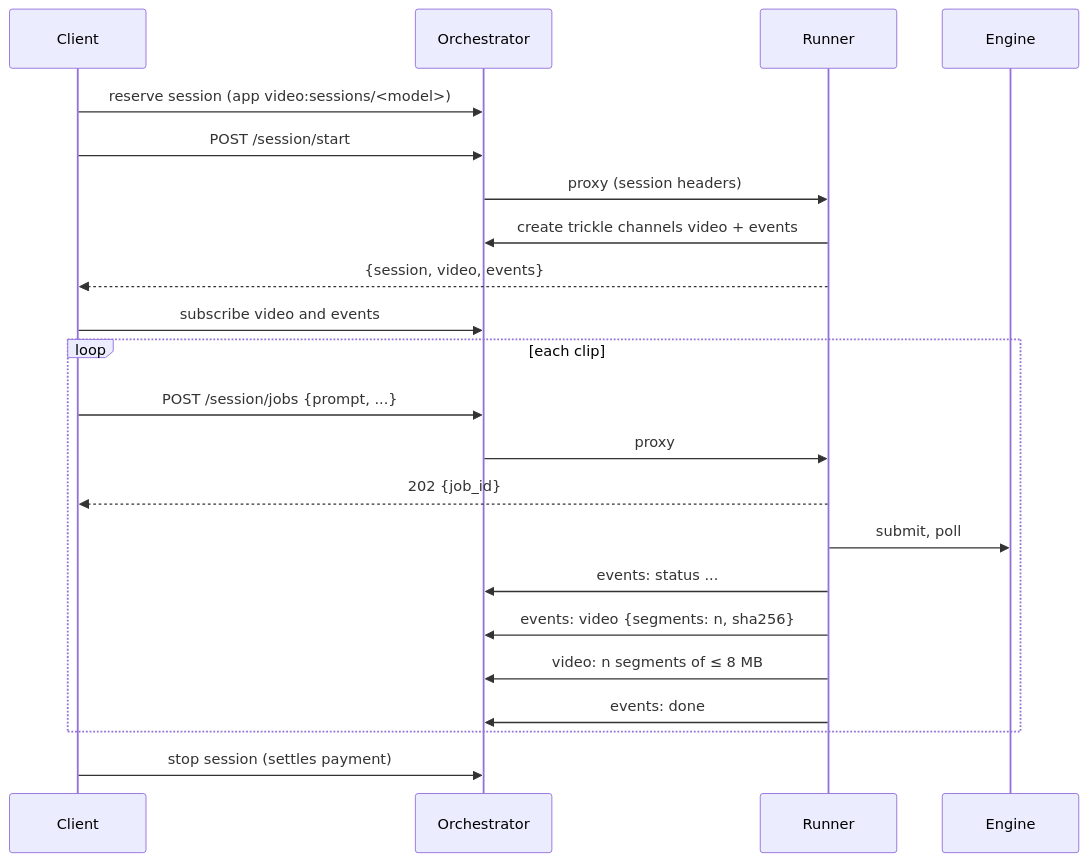
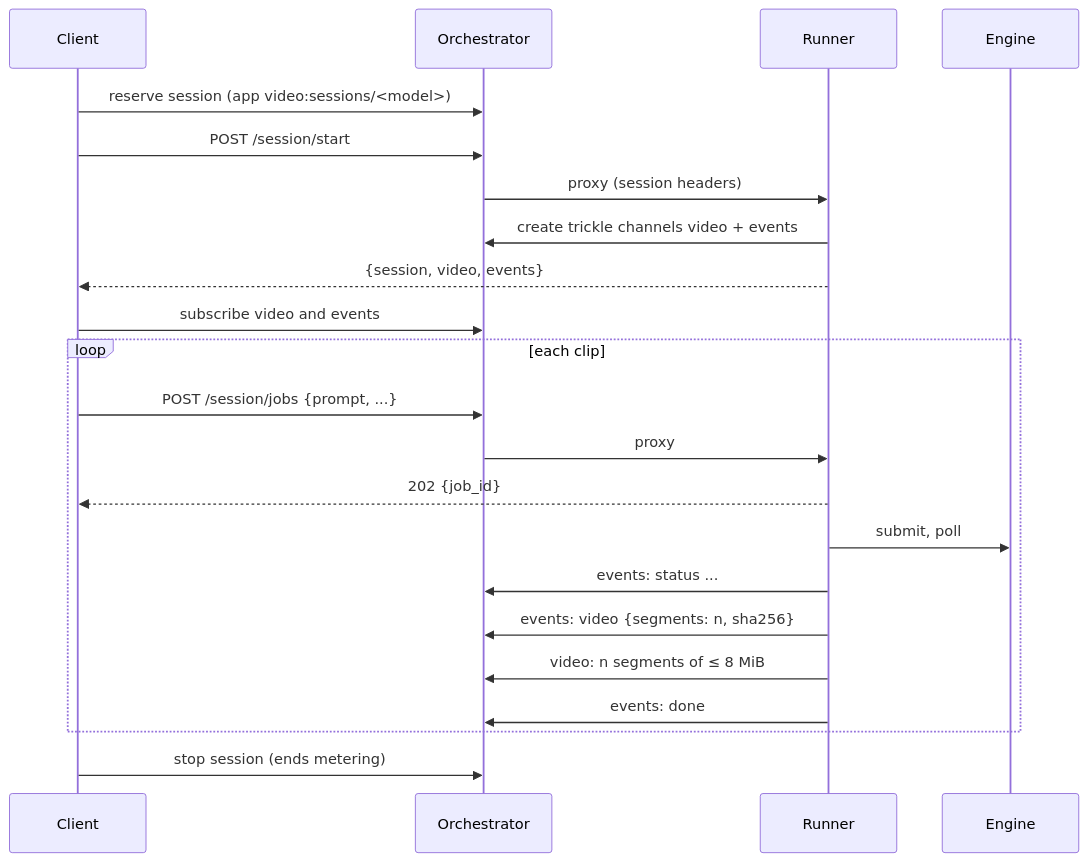
One commit to Cloud-SPE/livepeer-video-engine-runners changed the third of 4 diagrams in README.md. Above: the diagram before and after it, drawn with Mermaid. The commit also changed other lines of this file and 140 other files, not shown here.

````diff
--- a/README.md
+++ b/README.md
@@ -177,24 +172,24 @@
 ```mermaid
 sequenceDiagram
   participant C as Client
   participant O as Orchestrator
   participant R as Runner
   participant E as Engine
   C->>O: reserve session (app video:sessions/<model>)
   C->>O: POST /session/start
   O->>R: proxy (session headers)
   R->>O: create trickle channels video + events
   R-->>C: {session, video, events}
   C->>O: subscribe video and events
   loop each clip
     C->>O: POST /session/jobs {prompt, ...}
     O->>R: proxy
     R-->>C: 202 {job_id}
     R->>E: submit, poll
     R->>O: events: status ...
     R->>O: events: video {segments: n, sha256}
-    R->>O: video: n segments of ≤ 8 MB
+    R->>O: video: n segments of ≤ 8 MiB
     R->>O: events: done
   end
-  C->>O: stop session (settles payment)
+  C->>O: stop session (ends metering)
 ```
````
